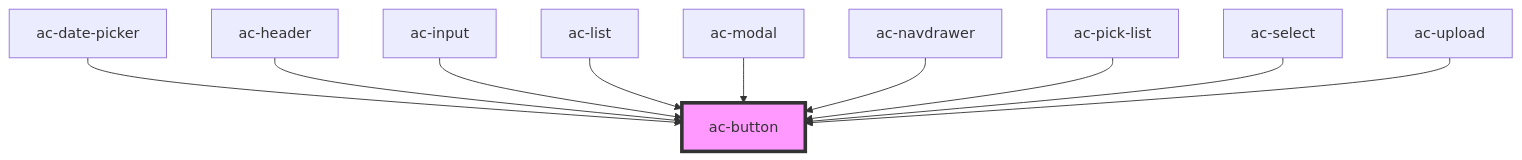
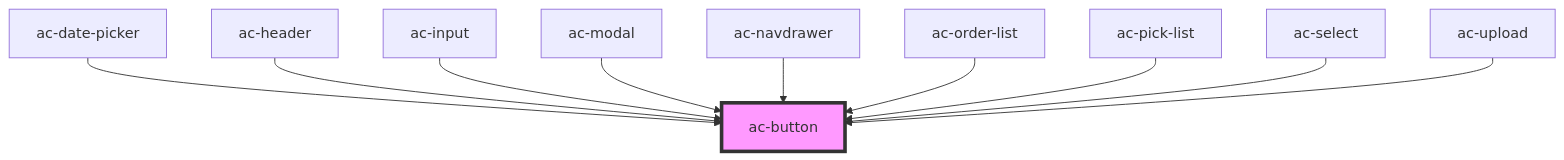
Before and after one commit to accera-tech/solar-components: the diagram in src/components/atoms/ac-button/readme.md, drawn with Mermaid. The commit also changed other lines of this file and 19 other files, not shown here.

````diff
--- a/src/components/atoms/ac-button/readme.md
+++ b/src/components/atoms/ac-button/readme.md
@@ -38,13 +38,13 @@
 ```mermaid
 graph TD;
   ac-date-picker --> ac-button
   ac-header --> ac-button
   ac-input --> ac-button
-  ac-list --> ac-button
   ac-modal --> ac-button
   ac-navdrawer --> ac-button
+  ac-order-list --> ac-button
   ac-pick-list --> ac-button
   ac-select --> ac-button
   ac-upload --> ac-button
   style ac-button fill:#f9f,stroke:#333,stroke-width:4px
 ```
````
